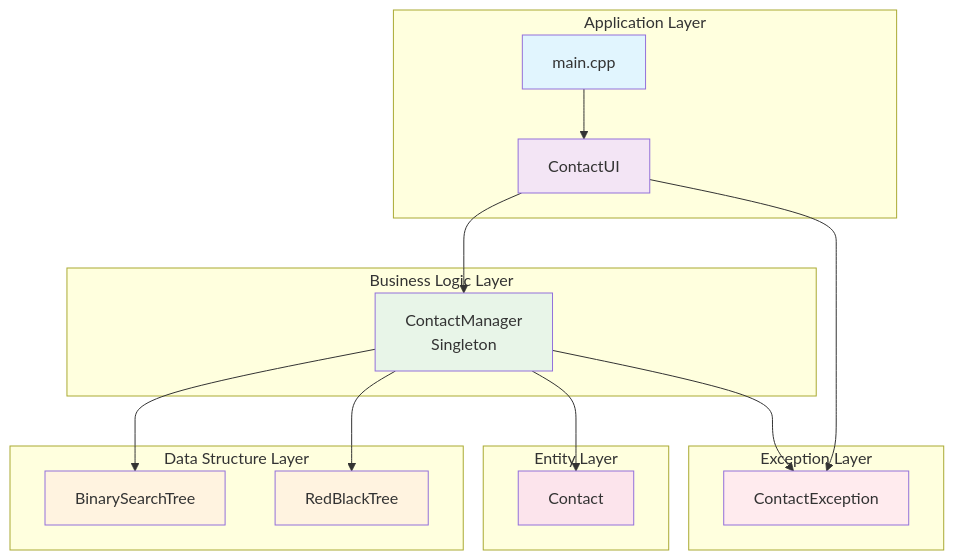
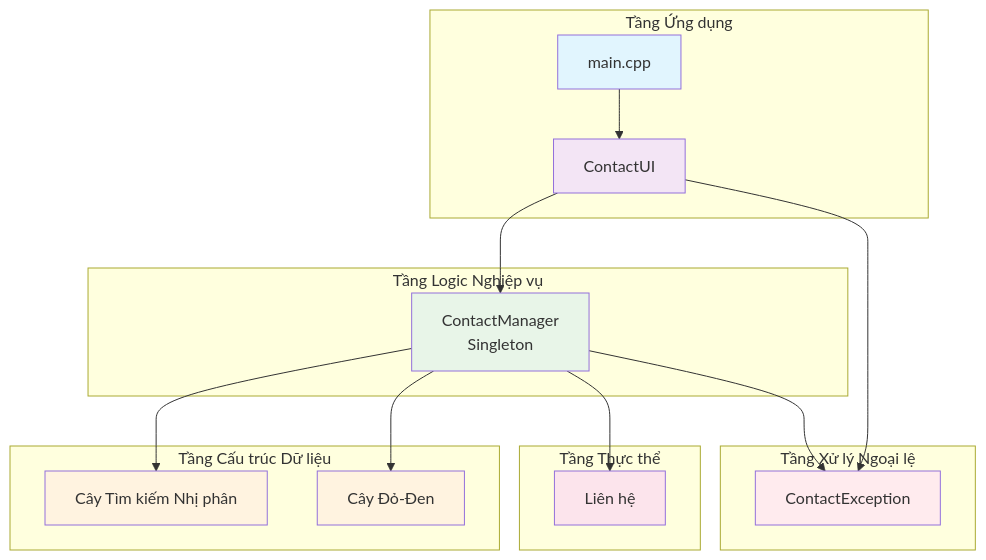
Before and after one commit to TaiLoiZzzz/DSA_PROJECT: the first of 15 diagrams in docs/UML_Documentation_Improved.md, drawn with Mermaid. The commit also changed other lines of this file and 1 other file, not shown here.

````diff
--- a/docs/UML_Documentation_Improved.md
+++ b/docs/UML_Documentation_Improved.md
@@ -13,40 +13,40 @@
 ```mermaid
 graph TB
-    subgraph "Application Layer"
+    subgraph "Tầng Ứng dụng"
         MAIN[main.cpp]
         UI[ContactUI]
     end
     
-    subgraph "Business Logic Layer"
+    subgraph "Tầng Logic Nghiệp vụ"
         CM[ContactManager<br/>Singleton]
     end
     
-    subgraph "Data Structure Layer"
-        BST[BinarySearchTree]
-        RBT[RedBlackTree]
+    subgraph "Tầng Cấu trúc Dữ liệu"
+        BST[Cây Tìm kiếm Nhị phân]
+        RBT[Cây Đỏ-Đen]
     end
     
-    subgraph "Entity Layer"
-        CONTACT[Contact]
+    subgraph "Tầng Thực thể"
+        CONTACT[Liên hệ]
     end
     
-    subgraph "Exception Layer"
+    subgraph "Tầng Xử lý Ngoại lệ"
         EX[ContactException]
     end
     
     MAIN --> UI
     UI --> CM
     CM --> BST
     CM --> RBT
     CM --> CONTACT
     CM --> EX
     UI --> EX
     
     style MAIN fill:#e1f5fe
     style UI fill:#f3e5f5
     style CM fill:#e8f5e8
     style BST fill:#fff3e0
     style RBT fill:#fff3e0
     style CONTACT fill:#fce4ec
     style EX fill:#ffebee
 ```
````
